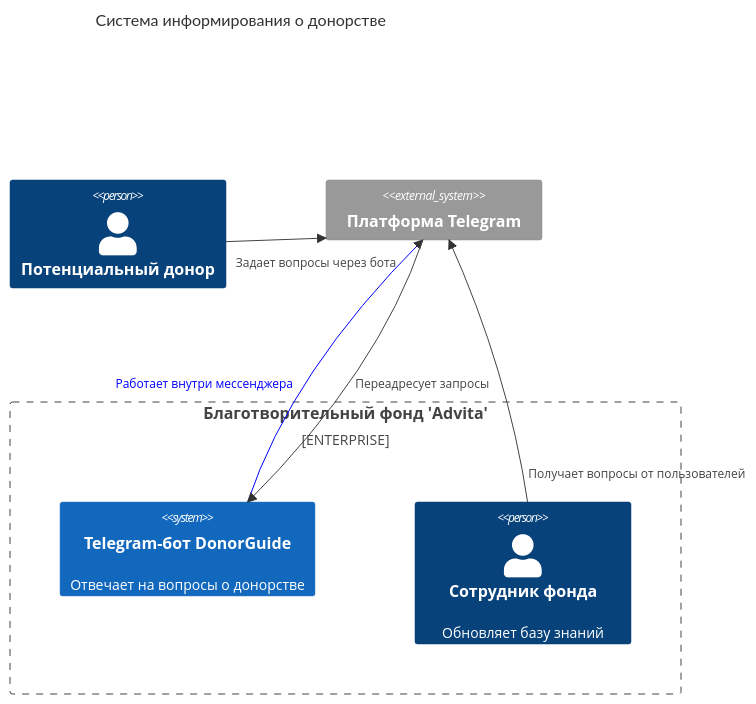
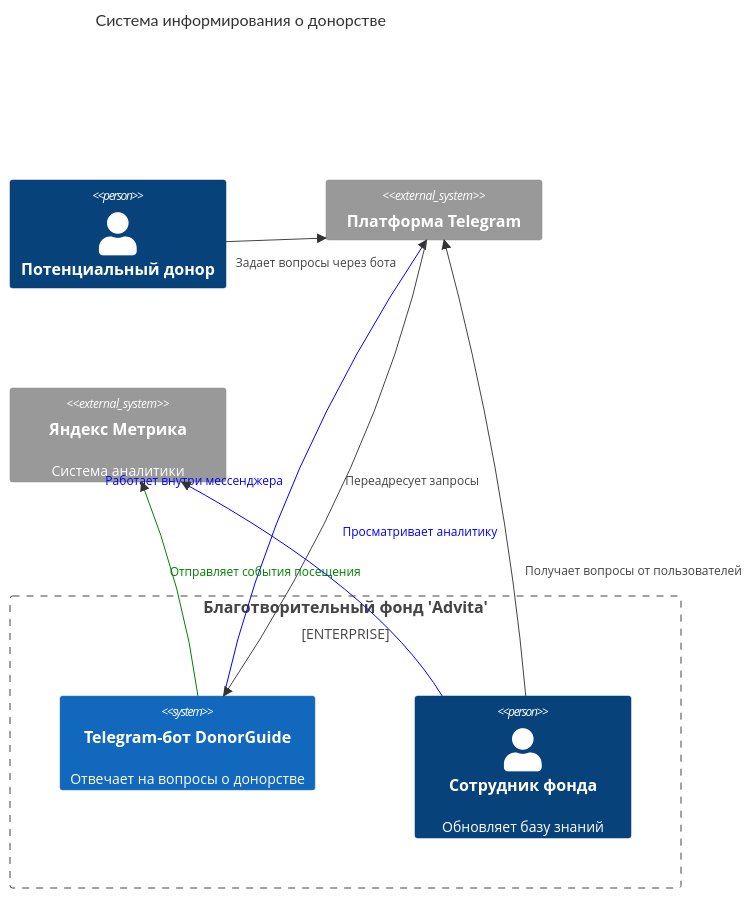
The diagram in docs/c4/context.md (hse-perm-sandbox/donor-guide-bot), drawn with Mermaid before and after one commit. The commit also changed other lines of this file, not shown here.

````diff
--- a/docs/c4/context.md
+++ b/docs/c4/context.md
@@ -4,23 +4,28 @@
 ```mermaid
 C4Context
     title Система информирования о донорстве
 
     Enterprise_Boundary(Фонд, "Благотворительный фонд 'Advita'") {
         System(DonorBot, "Telegram-бот DonorGuide", "Отвечает на вопросы о донорстве")
         Person(Сотрудник, "Сотрудник фонда", "Обновляет базу знаний")
     }
 
     Person(Донор, "Потенциальный донор")
     System_Ext(Telegram, "Платформа Telegram")
+    System_Ext(Metrica, "Яндекс Метрика", "Система аналитики")
 
     Rel(Донор, Telegram, "Задает вопросы через бота")
     Rel(Сотрудник, Telegram, "Получает вопросы от пользователей")
     Rel(DonorBot, Telegram, "Работает внутри мессенджера")
     Rel(Telegram, DonorBot, "Переадресует запросы")
+    Rel(DonorBot, Metrica, "Отправляет события посещения")
+    Rel(Сотрудник, Metrica, "Просматривает аналитику")
 
 
     UpdateRelStyle(Донор, Telegram, $offsetY="20", $offsetX="-40")
     UpdateRelStyle(Сотрудник, Telegram, $offsetY="100", $offsetX="40")
     UpdateRelStyle(DonorBot, Telegram, $textColor="blue", $lineColor="blue", $offsetY="10", $offsetX="-220")
     UpdateRelStyle(Telegram, DonorBot, $offsetY="10", $offsetX="20")
+    UpdateRelStyle(DonorBot, Metrica, $textColor="green", $lineColor="green", $offsetY="-20")
+    UpdateRelStyle(Сотрудник, Metrica, $textColor="blue", $lineColor="blue", $offsetY="-60", $offsetX="30")
 ```
````
